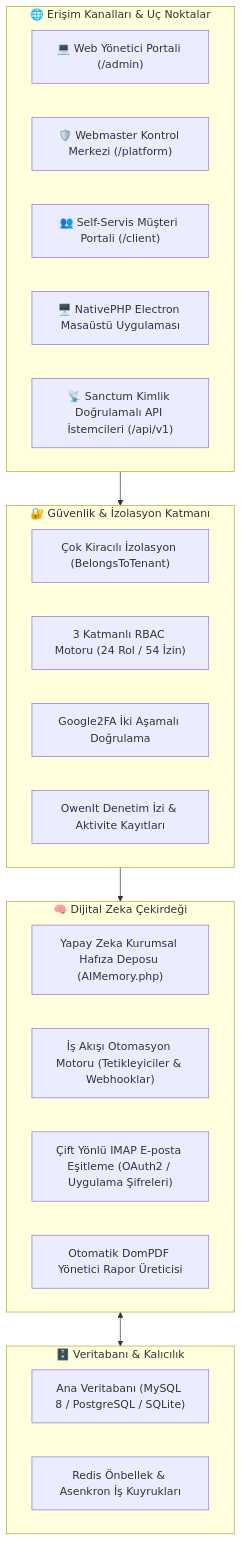
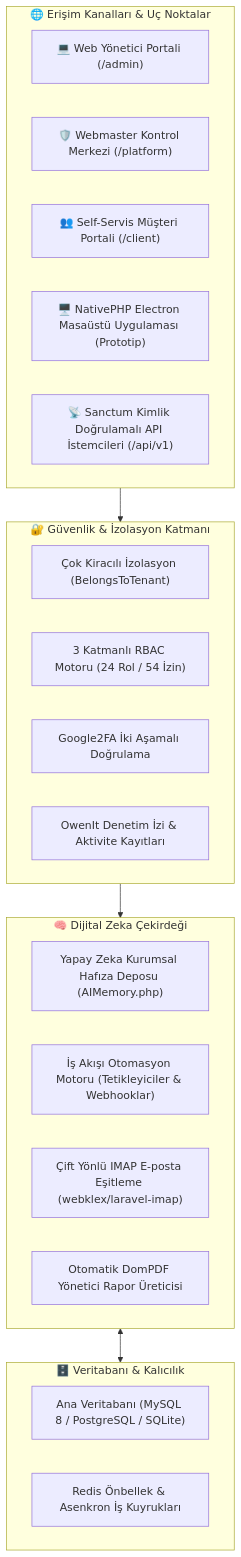
One commit to adacreativeco/NexusADA changed the diagram in README.tr.md. Above: the diagram before and after it, drawn with Mermaid. The commit also changed other lines of this file and 1 other file, not shown here.

````diff
--- a/README.tr.md
+++ b/README.tr.md
@@ -57,33 +84,33 @@
 ```mermaid
 flowchart TD
     subgraph ClientAccess["🌐 Erişim Kanalları & Uç Noktalar"]
         WebAdmin["💻 Web Yönetici Portali (/admin)"]
         Webmaster["🛡️ Webmaster Kontrol Merkezi (/platform)"]
         ClientPortal["👥 Self-Servis Müşteri Portali (/client)"]
-        DesktopApp["🖥️ NativePHP Electron Masaüstü Uygulaması"]
+        DesktopApp["🖥️ NativePHP Electron Masaüstü Uygulaması (Prototip)"]
         RESTClients["📡 Sanctum Kimlik Doğrulamalı API İstemcileri (/api/v1)"]
     end
 
     subgraph SecurityLayer["🔐 Güvenlik & İzolasyon Katmanı"]
         TenantScope["Çok Kiracılı İzolasyon (BelongsToTenant)"]
         RBAC["3 Katmanlı RBAC Motoru (24 Rol / 54 İzin)"]
         TwoFactor["Google2FA İki Aşamalı Doğrulama"]
         AuditTrail["OwenIt Denetim İzi & Aktivite Kayıtları"]
     end
 
     subgraph CoreServices["🧠 Dijital Zeka Çekirdeği"]
         AIMemory["Yapay Zeka Kurumsal Hafıza Deposu (AIMemory.php)"]
         Automation["İş Akışı Otomasyon Motoru (Tetikleyiciler & Webhooklar)"]
-        ImapSync["Çift Yönlü IMAP E-posta Eşitleme (OAuth2 / Uygulama Şifreleri)"]
+        ImapSync["Çift Yönlü IMAP E-posta Eşitleme (webklex/laravel-imap)"]
         PdfEngine["Otomatik DomPDF Yönetici Rapor Üreticisi"]
     end
 
     subgraph DataLayer["🗄️ Veritabanı & Kalıcılık"]
         MySQL["Ana Veritabanı (MySQL 8 / PostgreSQL / SQLite)"]
         Redis["Redis Önbellek & Asenkron İş Kuyrukları"]
     end
 
     ClientAccess --> SecurityLayer
     SecurityLayer --> CoreServices
     CoreServices <--> DataLayer
 ```
````
